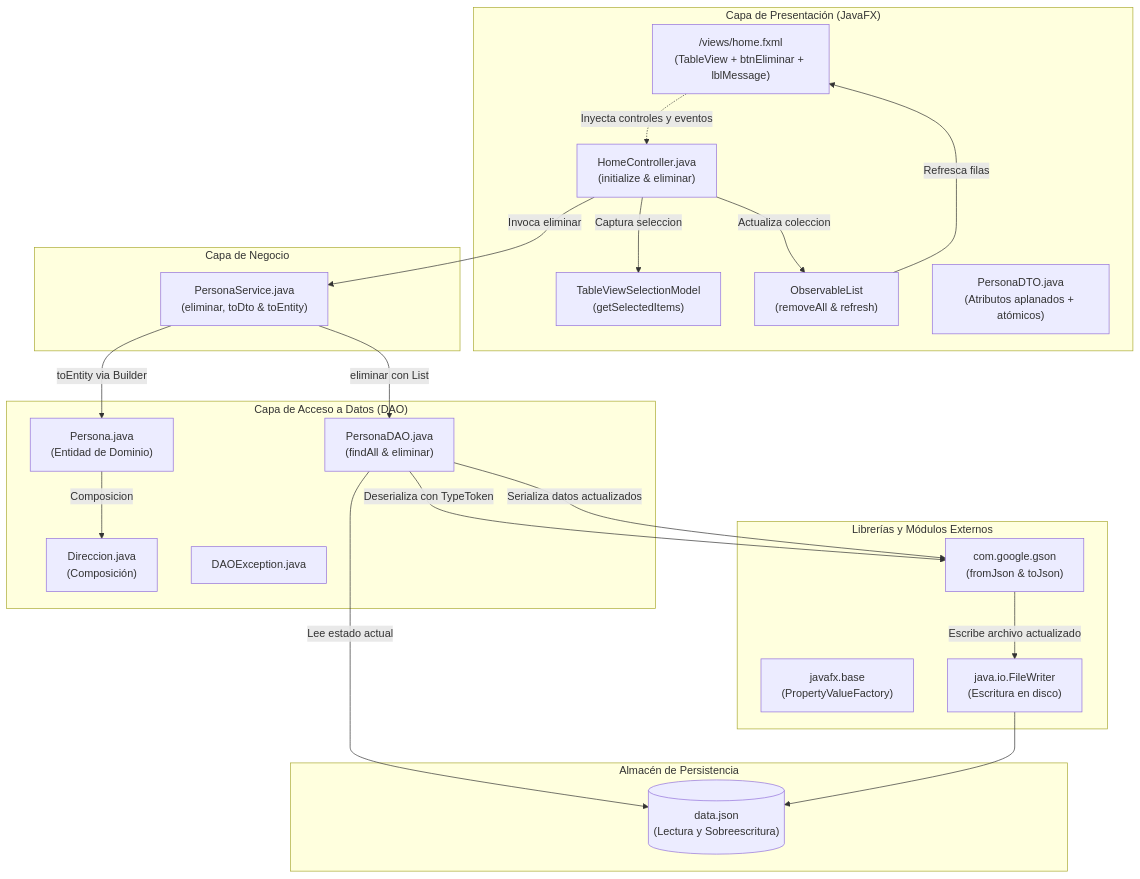
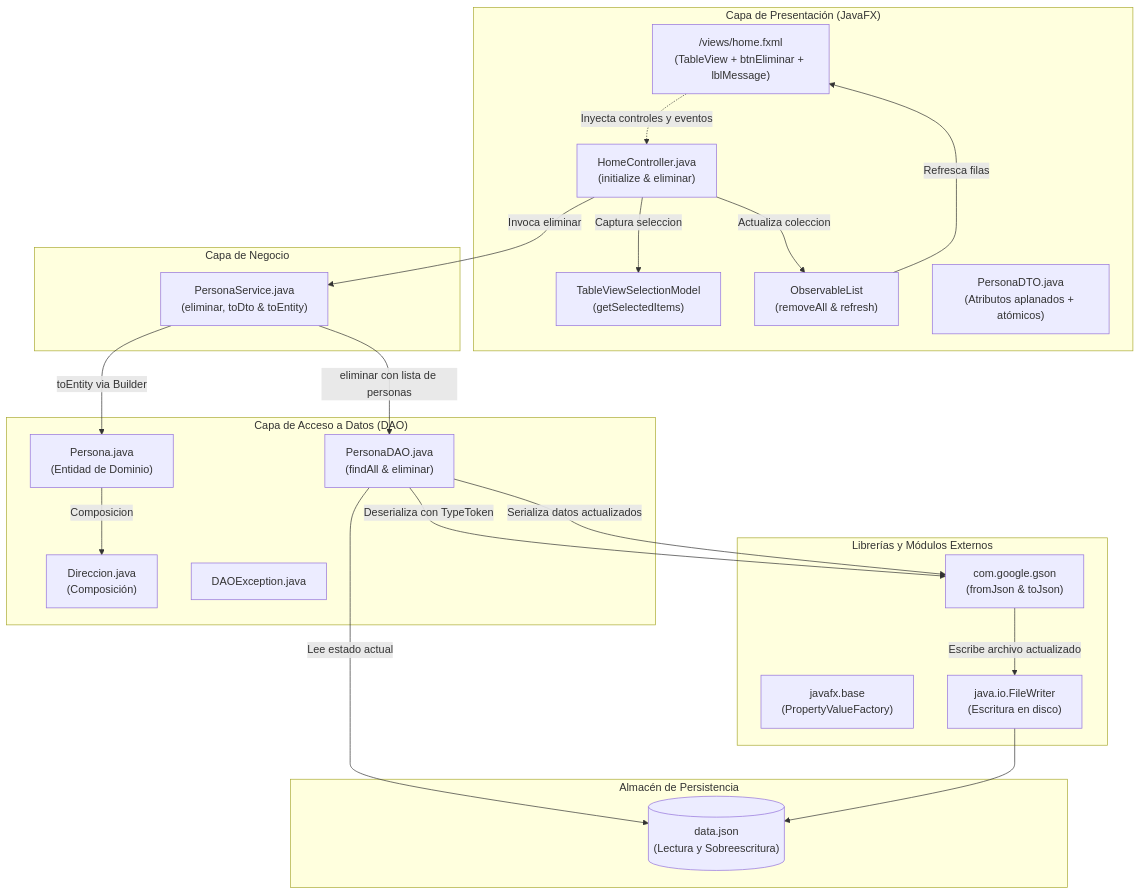
Before and after one commit to elprofecarreno/poo-javafx: the first of 3 diagrams in 08/README.md, drawn with Mermaid. The commit also changed other lines of this file and 56 other files, not shown here.

````diff
--- a/08/README.md
+++ b/08/README.md
@@ -47,45 +47,45 @@
 ```mermaid
 flowchart TB
     subgraph UI_Layer["Capa de Presentación (JavaFX)"]
         HomeFXML["/views/home.fxml\n(TableView + btnEliminar + lblMessage)"]
         HomeCtrl["HomeController.java\n(initialize & eliminar)"]
         SelectionModel["TableViewSelectionModel\n(getSelectedItems)"]
         ObsList["ObservableList<PersonaDTO>\n(removeAll & refresh)"]
         PersonaDTO["PersonaDTO.java\n(Atributos aplanados + atómicos)"]
     end
 
     subgraph Service_Layer["Capa de Negocio"]
         PersonaSvc["PersonaService.java\n(eliminar, toDto & toEntity)"]
     end
 
     subgraph DAO_Layer["Capa de Acceso a Datos (DAO)"]
         PersonaDAO["PersonaDAO.java\n(findAll & eliminar)"]
         PersonaEntity["Persona.java\n(Entidad de Dominio)"]
         DireccionEntity["Direccion.java\n(Composición)"]
         DAOEx["DAOException.java"]
     end
 
     subgraph Storage["Almacén de Persistencia"]
         DataJSON[("data.json\n(Lectura y Sobreescritura)")]
     end
 
     subgraph External["Librerías y Módulos Externos"]
         JavaFXBase["javafx.base\n(PropertyValueFactory)"]
         GsonEngine["com.google.gson\n(fromJson & toJson)"]
         FileWriterIO["java.io.FileWriter\n(Escritura en disco)"]
     end
 
     HomeFXML -.->|Inyecta controles y eventos| HomeCtrl
     HomeCtrl -->|Captura seleccion| SelectionModel
     HomeCtrl -->|Invoca eliminar| PersonaSvc
     PersonaSvc -->|toEntity via Builder| PersonaEntity
     PersonaEntity -->|Composicion| DireccionEntity
-    PersonaSvc -->|eliminar con List<Persona>| PersonaDAO
+    PersonaSvc -->|eliminar con lista de personas| PersonaDAO
     PersonaDAO -->|Lee estado actual| DataJSON
     PersonaDAO -->|Deserializa con TypeToken| GsonEngine
     PersonaDAO -->|Serializa datos actualizados| GsonEngine
     GsonEngine -->|Escribe archivo actualizado| FileWriterIO
     FileWriterIO --> DataJSON
     HomeCtrl -->|Actualiza coleccion| ObsList
     ObsList -->|Refresca filas| HomeFXML
 ```
````
